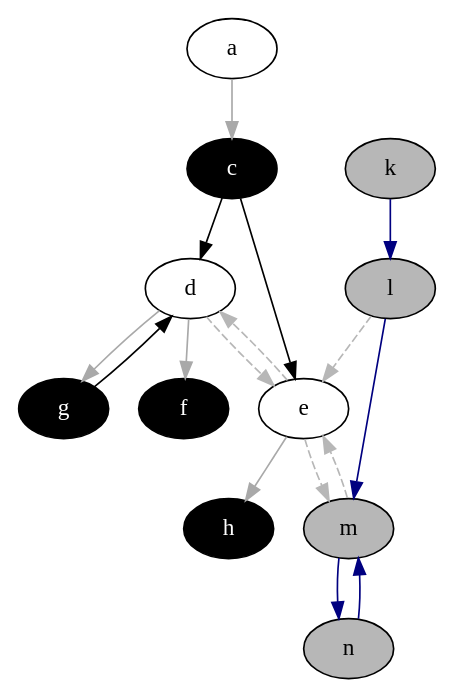
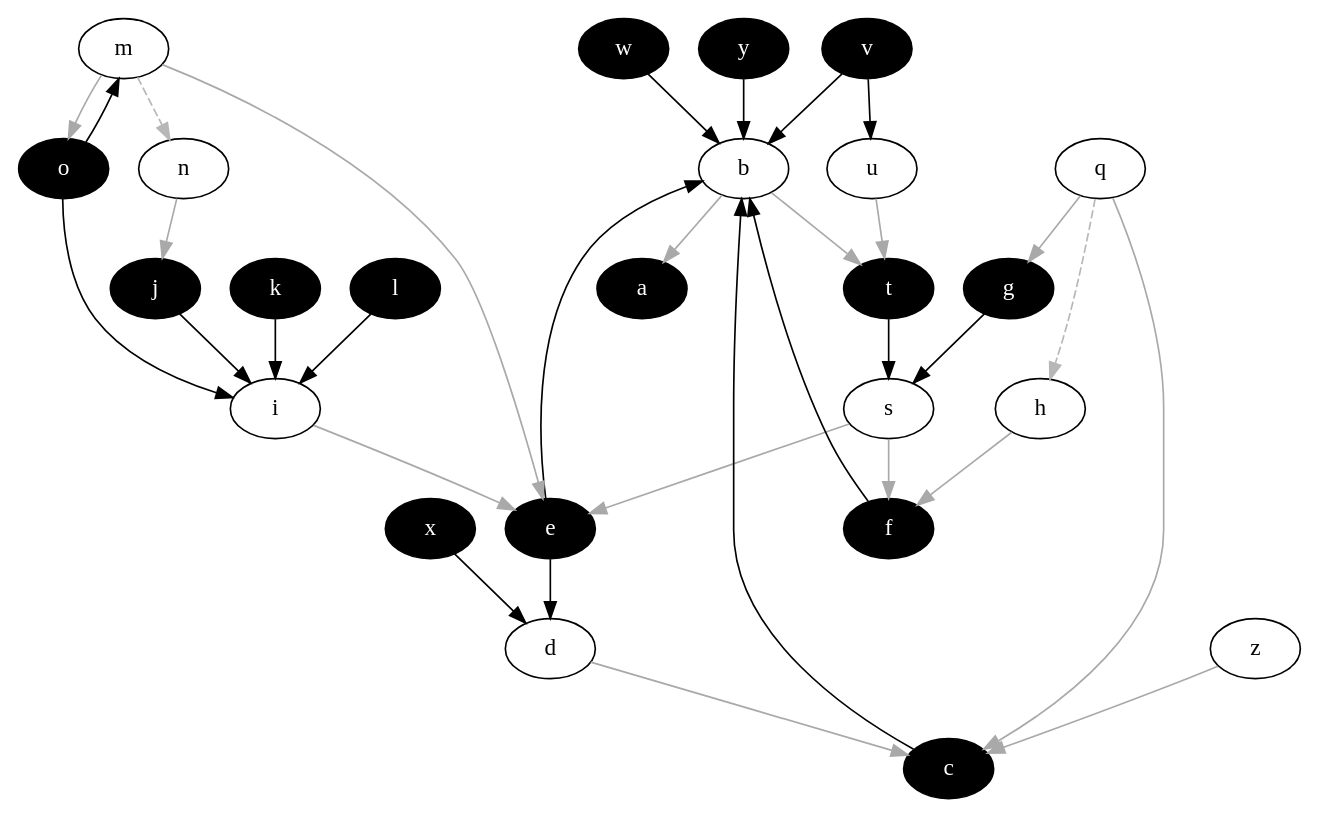
The diagram in XLoKR-2023/1-Vanilla_version/output/kernel_graph_colored.dot (idaks/Games-and-Argumentation), drawn with Graphviz before and after one commit. The commit also changed 26 other files, not shown here.

```diff
--- a/XLoKR-2023/1-Vanilla_version/output/kernel_graph_colored.dot
+++ b/XLoKR-2023/1-Vanilla_version/output/kernel_graph_colored.dot
@@ -1,65 +1,130 @@
 strict digraph "" {
-	a	[fillcolor="#ffffff",
+	b	[fillcolor="#ffffff",
 		style=filled];
+	a	[fillcolor="#000000",
+		fontcolor="#ffffff",
+		style=filled];
+	b -> a	[color="#A9A9A9",
+		dir=forward];
+	t	[fillcolor="#000000",
+		fontcolor="#ffffff",
+		style=filled];
+	b -> t	[color="#A9A9A9",
+		dir=forward];
+	s	[fillcolor="#ffffff",
+		style=filled];
+	t -> s	[color="#000000",
+		dir=forward];
+	e	[fillcolor="#000000",
+		fontcolor="#ffffff",
+		style=filled];
+	s -> e	[color="#A9A9A9",
+		dir=forward];
+	f	[fillcolor="#000000",
+		fontcolor="#ffffff",
+		style=filled];
+	s -> f	[color="#A9A9A9",
+		dir=forward];
 	c	[fillcolor="#000000",
 		fontcolor="#ffffff",
 		style=filled];
-	a -> c	[color="#A9A9A9",
+	c -> b	[color="#000000",
 		dir=forward];
 	d	[fillcolor="#ffffff",
 		style=filled];
-	c -> d	[color="#000000",
+	d -> c	[color="#A9A9A9",
 		dir=forward];
-	e	[fillcolor="#ffffff",
-		style=filled];
-	c -> e	[color="#000000",
+	e -> b	[color="#000000",
 		dir=forward];
-	d -> e	[color="#b7b7b7",
-		dir=forward,
-		style=dashed];
-	f	[fillcolor="#000000",
-		fontcolor="#ffffff",
-		style=filled];
-	d -> f	[color="#A9A9A9",
+	e -> d	[color="#000000",
+		dir=forward];
+	f -> b	[color="#000000",
 		dir=forward];
 	g	[fillcolor="#000000",
 		fontcolor="#ffffff",
 		style=filled];
-	d -> g	[color="#A9A9A9",
+	g -> s	[color="#000000",
 		dir=forward];
-	e -> d	[color="#b7b7b7",
+	h	[fillcolor="#ffffff",
+		style=filled];
+	h -> f	[color="#A9A9A9",
+		dir=forward];
+	i	[fillcolor="#ffffff",
+		style=filled];
+	i -> e	[color="#A9A9A9",
+		dir=forward];
+	j	[fillcolor="#000000",
+		fontcolor="#ffffff",
+		style=filled];
+	j -> i	[color="#000000",
+		dir=forward];
+	k	[fillcolor="#000000",
+		fontcolor="#ffffff",
+		style=filled];
+	k -> i	[color="#000000",
+		dir=forward];
+	l	[fillcolor="#000000",
+		fontcolor="#ffffff",
+		style=filled];
+	l -> i	[color="#000000",
+		dir=forward];
+	m	[fillcolor="#ffffff",
+		style=filled];
+	m -> e	[color="#A9A9A9",
+		dir=forward];
+	o	[fillcolor="#000000",
+		fontcolor="#ffffff",
+		style=filled];
+	m -> o	[color="#A9A9A9",
+		dir=forward];
+	n	[fillcolor="#ffffff",
+		style=filled];
+	m -> n	[color="#b7b7b7",
 		dir=forward,
 		style=dashed];
-	m	[fillcolor="#b7b7b7",
+	o -> i	[color="#000000",
+		dir=forward];
+	o -> m	[color="#000000",
+		dir=forward];
+	n -> j	[color="#A9A9A9",
+		dir=forward];
+	q	[fillcolor="#ffffff",
 		style=filled];
-	e -> m	[color="#b7b7b7",
+	q -> c	[color="#A9A9A9",
+		dir=forward];
+	q -> g	[color="#A9A9A9",
+		dir=forward];
+	q -> h	[color="#b7b7b7",
 		dir=forward,
 		style=dashed];
-	h	[fillcolor="#000000",
+	u	[fillcolor="#ffffff",
+		style=filled];
+	u -> t	[color="#A9A9A9",
+		dir=forward];
+	v	[fillcolor="#000000",
 		fontcolor="#ffffff",
 		style=filled];
-	e -> h	[color="#A9A9A9",
+	v -> b	[color="#000000",
 		dir=forward];
-	k	[fillcolor="#b7b7b7",
+	v -> u	[color="#000000",
+		dir=forward];
+	w	[fillcolor="#000000",
+		fontcolor="#ffffff",
 		style=filled];
-	l	[fillcolor="#b7b7b7",
+	w -> b	[color="#000000",
+		dir=forward];
+	x	[fillcolor="#000000",
+		fontcolor="#ffffff",
 		style=filled];
-	k -> l	[color="#000080",
+	x -> d	[color="#000000",
 		dir=forward];
-	l -> e	[color="#b7b7b7",
-		dir=forward,
-		style=dashed];
-	l -> m	[color="#000080",
+	y	[fillcolor="#000000",
+		fontcolor="#ffffff",
+		style=filled];
+	y -> b	[color="#000000",
 		dir=forward];
-	m -> e	[color="#b7b7b7",
-		dir=forward,
-		style=dashed];
-	n	[fillcolor="#b7b7b7",
+	z	[fillcolor="#ffffff",
 		style=filled];
-	m -> n	[color="#000080",
-		dir=forward];
-	g -> d	[color="#000000",
-		dir=forward];
-	n -> m	[color="#000080",
+	z -> c	[color="#A9A9A9",
 		dir=forward];
 }
```
